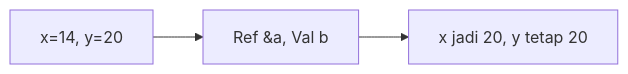
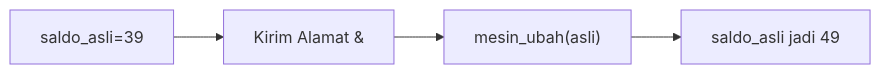
Before and after one commit to amnahwaida/OSNK_INF_PREP: the tenth of 25 diagrams in part-c-pemahaman-cpp/04-fungsi/latihan/set-03.md, drawn with Mermaid. The commit also changed other lines of this file and 71 other files, not shown here.

````diff
--- a/part-c-pemahaman-cpp/04-fungsi/latihan/set-03.md
+++ b/part-c-pemahaman-cpp/04-fungsi/latihan/set-03.md
@@ -259,5 +273,6 @@
 ```mermaid
 graph LR
-A["x=14, y=20"] --> B["Ref &a, Val b"]
-B --> C["x jadi 20, y tetap 20"]
+A["saldo_asli=39"] --> B["Kirim Alamat &"]
+B --> C["mesin_ubah(asli)"]
+C --> D["saldo_asli jadi 49"]
 ```
````
